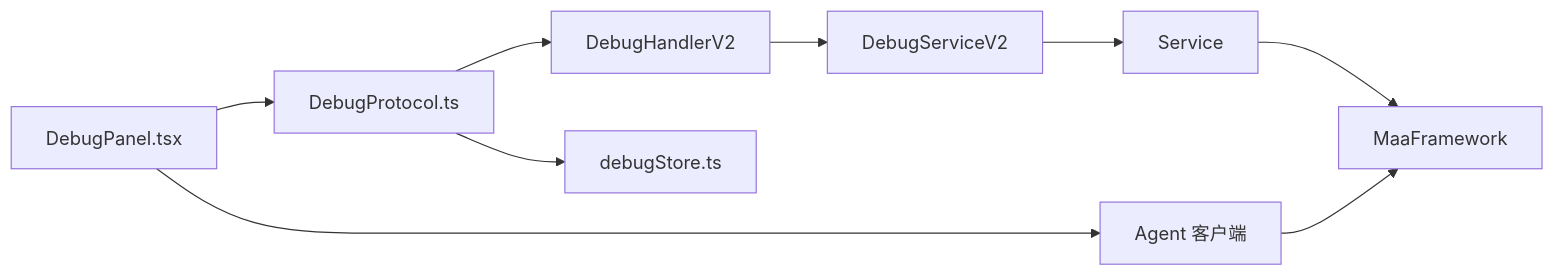
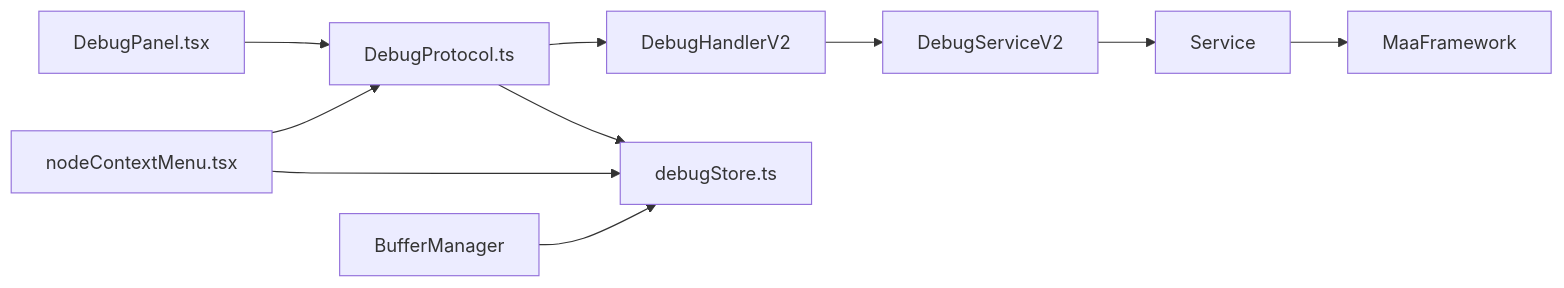
The third of 3 diagrams in .qoder/repowiki/zh/content/核心概念/调试框架.md (kqcoxn/MaaPipelineEditor), drawn with Mermaid before and after one commit. The commit also changed other lines of this file and 23 other files, not shown here.

````diff
--- a/.qoder/repowiki/zh/content/核心概念/调试框架.md
+++ b/.qoder/repowiki/zh/content/核心概念/调试框架.md
@@ -209,11 +479,12 @@
 ```mermaid
 graph LR
 DP["DebugPanel.tsx"] --> DProt["DebugProtocol.ts"]
+NCM["nodeContextMenu.tsx"] --> DProt
 DProt --> DHV2["DebugHandlerV2"]
 DHV2 --> DSvcV2["DebugServiceV2"]
 DSvcV2 --> Svc["Service"]
 Svc --> FW["MaaFramework"]
 DProt --> DS["debugStore.ts"]
-DP --> AP["Agent 客户端"]
-AP --> FW
+NCM --> DS
+BM["BufferManager"] --> DS
 ```
````
